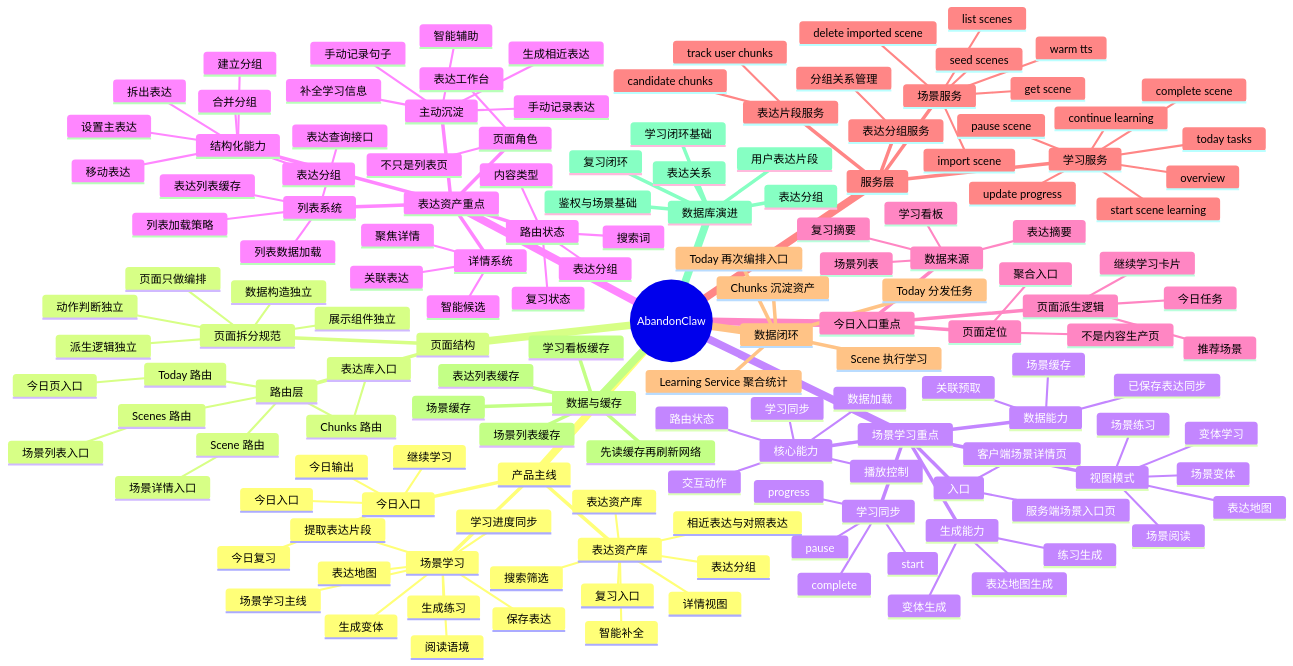
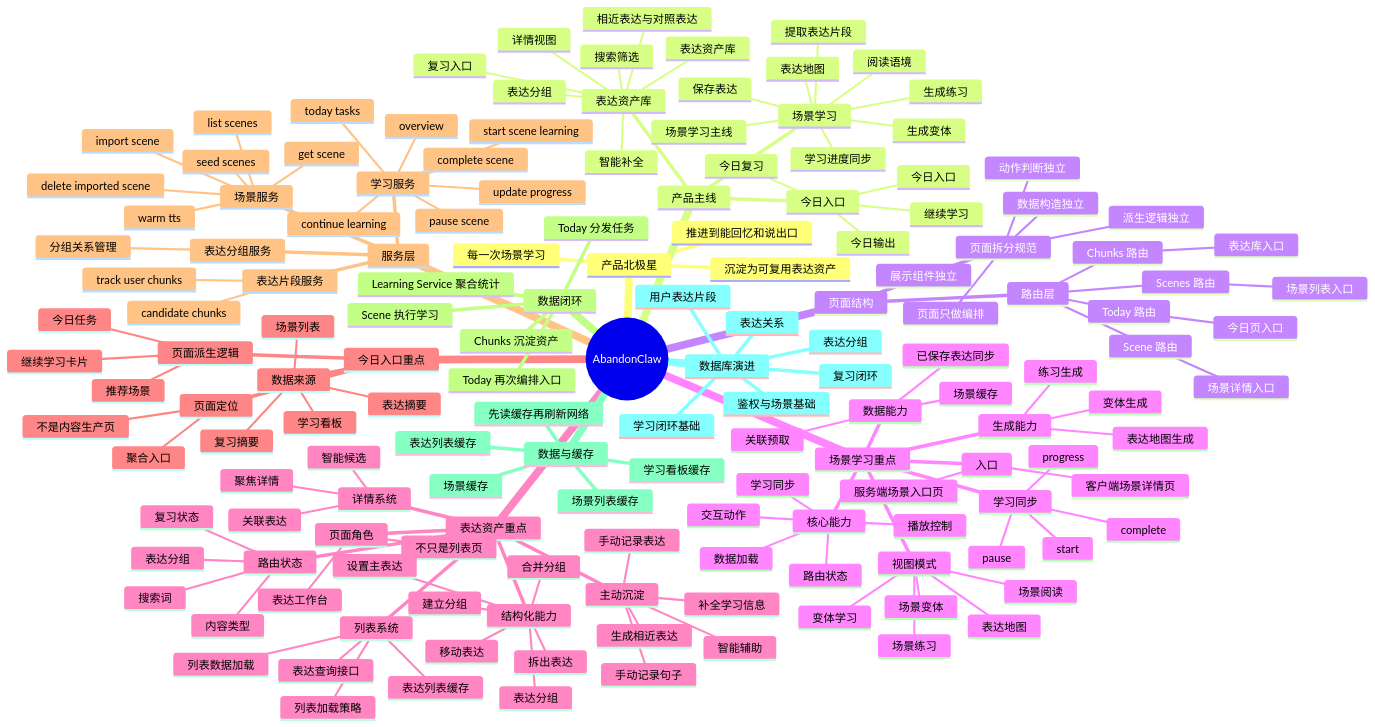
The diagram in docs/meta/project-mindmap.md (xyqbspy/AbandonClaw), drawn with Mermaid before and after one commit. The commit also changed 5 other files, not shown here.

````diff
--- a/docs/meta/project-mindmap.md
+++ b/docs/meta/project-mindmap.md
@@ -5,6 +5,10 @@
 ```mermaid
 mindmap
   root((AbandonClaw))
+    产品北极星
+      每一次场景学习
+      沉淀为可复用表达资产
+      推进到能回忆和说出口
     产品主线
       今日入口
         今日入口
````
